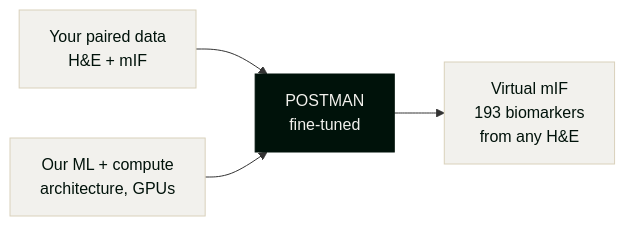
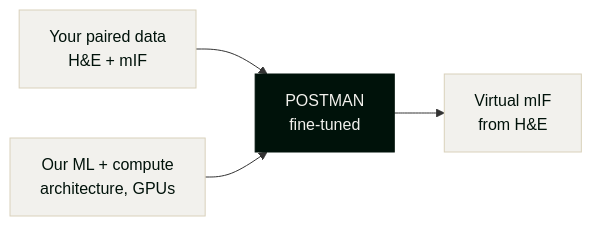
The first of 3 diagrams in slides/elucidate.md (Strand-AI/figma-slides-mcp), drawn with Mermaid before and after one commit. The commit also changed other lines of this file, not shown here.

````diff
--- a/slides/elucidate.md
+++ b/slides/elucidate.md
@@ -88,10 +88,10 @@
 ```mermaid
 graph LR
     A["Your paired data<br/>H&E + mIF"] --> C["POSTMAN<br/>fine-tuned"]
     B["Our ML + compute<br/>architecture, GPUs"] --> C
-    C --> D["Virtual mIF<br/>193 biomarkers<br/>from any H&E"]
+    C --> D["Virtual mIF<br/>from H&E"]
     style A fill:#F2F1ED,color:#00120A,stroke:#D9D1BB
     style B fill:#F2F1ED,color:#00120A,stroke:#D9D1BB
     style C fill:#00120A,color:#F2F1ED,stroke:#00120A
     style D fill:#F2F1ED,color:#00120A,stroke:#D9D1BB
 ```
````
